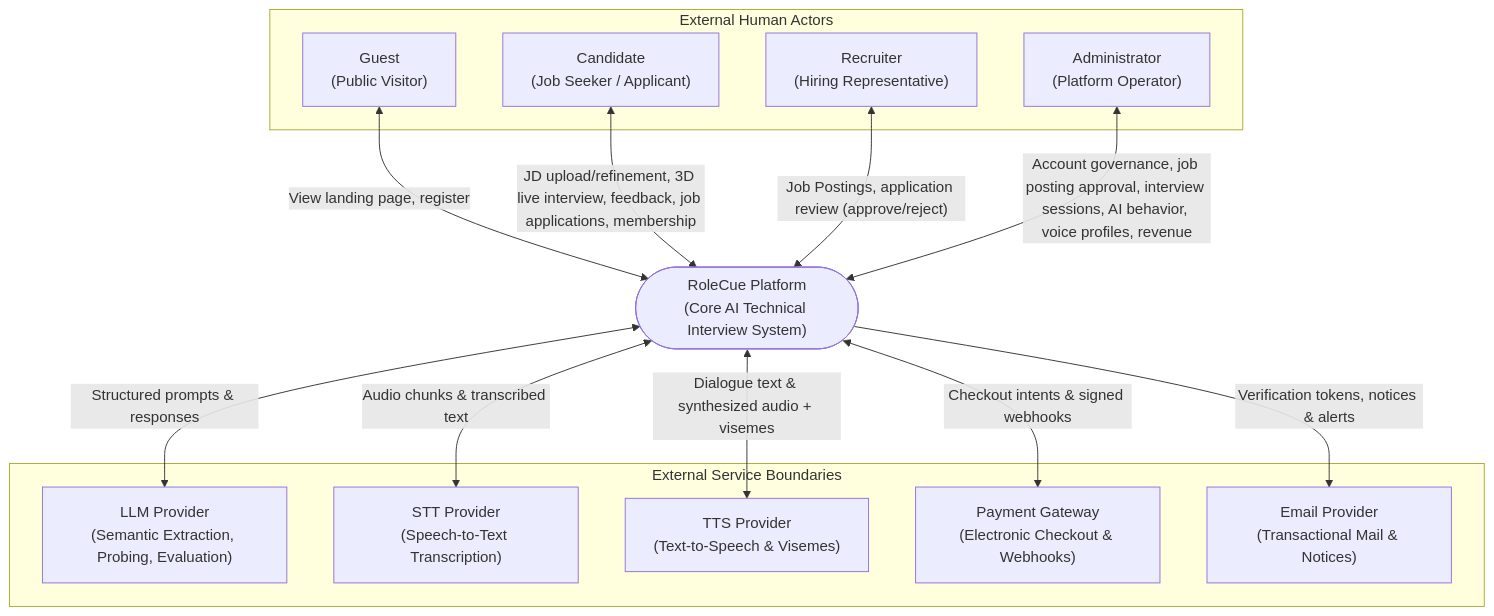
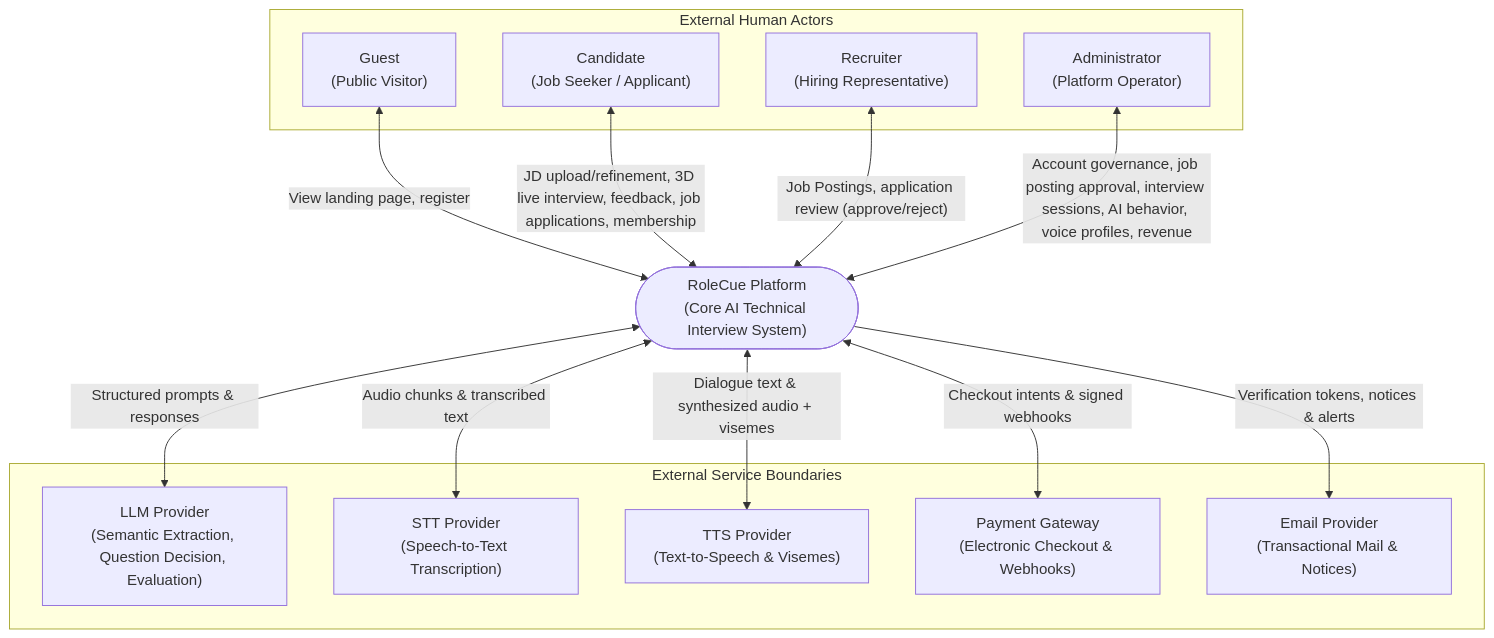
One commit to swp391-group3/ai-interview-practice-brain changed the diagram in 02_System/Context.md. Above: the diagram before and after it, drawn with Mermaid. The commit also changed other lines of this file and 15 other files, not shown here.

Commit message:
docs(brain): sync reviewed RoleCue domain flows

````diff
--- a/02_System/Context.md
+++ b/02_System/Context.md
@@ -21,32 +21,32 @@
 ```mermaid
 flowchart TD
     subgraph ExternalActors["External Human Actors"]
         GUEST["Guest<br/>(Public Visitor)"]
         CAND["Candidate<br/>(Job Seeker / Applicant)"]
         REC["Recruiter<br/>(Hiring Representative)"]
         ADMIN["Administrator<br/>(Platform Operator)"]
     end
 
     SYSTEM(["RoleCue Platform<br/>(Core AI Technical Interview System)"])
 
     subgraph ExternalServices["External Service Boundaries"]
-        LLM["LLM Provider<br/>(Semantic Extraction, Probing, Evaluation)"]
+        LLM["LLM Provider<br/>(Semantic Extraction, Question Decision, Evaluation)"]
         STT["STT Provider<br/>(Speech-to-Text Transcription)"]
         TTS["TTS Provider<br/>(Text-to-Speech & Visemes)"]
         PAY["Payment Gateway<br/>(Electronic Checkout & Webhooks)"]
         EMAIL["Email Provider<br/>(Transactional Mail & Notices)"]
     end
 
     %% Actor Interactions
     GUEST <-->|"View landing page, register"| SYSTEM
     CAND <-->|"JD upload/refinement, 3D live interview, feedback, job applications, membership"| SYSTEM
     REC <-->|"Job Postings, application review (approve/reject)"| SYSTEM
     ADMIN <-->|"Account governance, job posting approval, interview sessions, AI behavior, voice profiles, revenue"| SYSTEM
 
     %% Service Interactions
     SYSTEM <-->|"Structured prompts & responses"| LLM
     SYSTEM <-->|"Audio chunks & transcribed text"| STT
     SYSTEM <-->|"Dialogue text & synthesized audio + visemes"| TTS
     SYSTEM <-->|"Checkout intents & signed webhooks"| PAY
     SYSTEM -->|"Verification tokens, notices & alerts"| EMAIL
 ```
````
